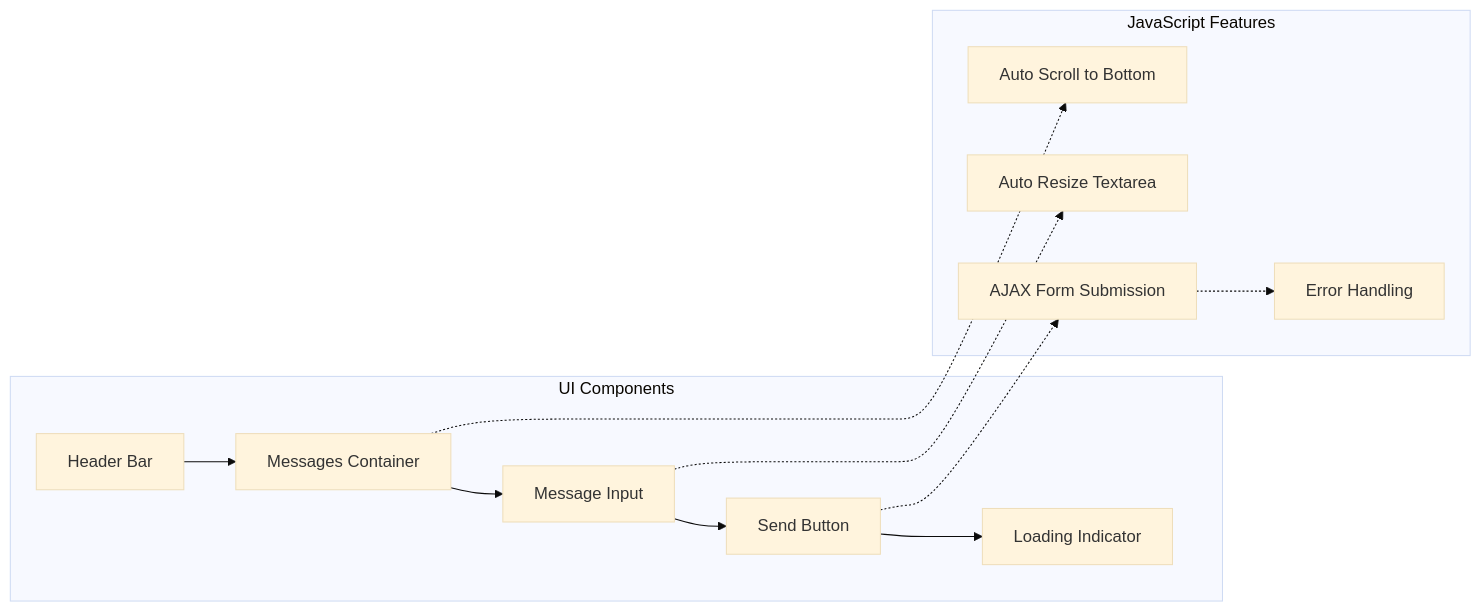
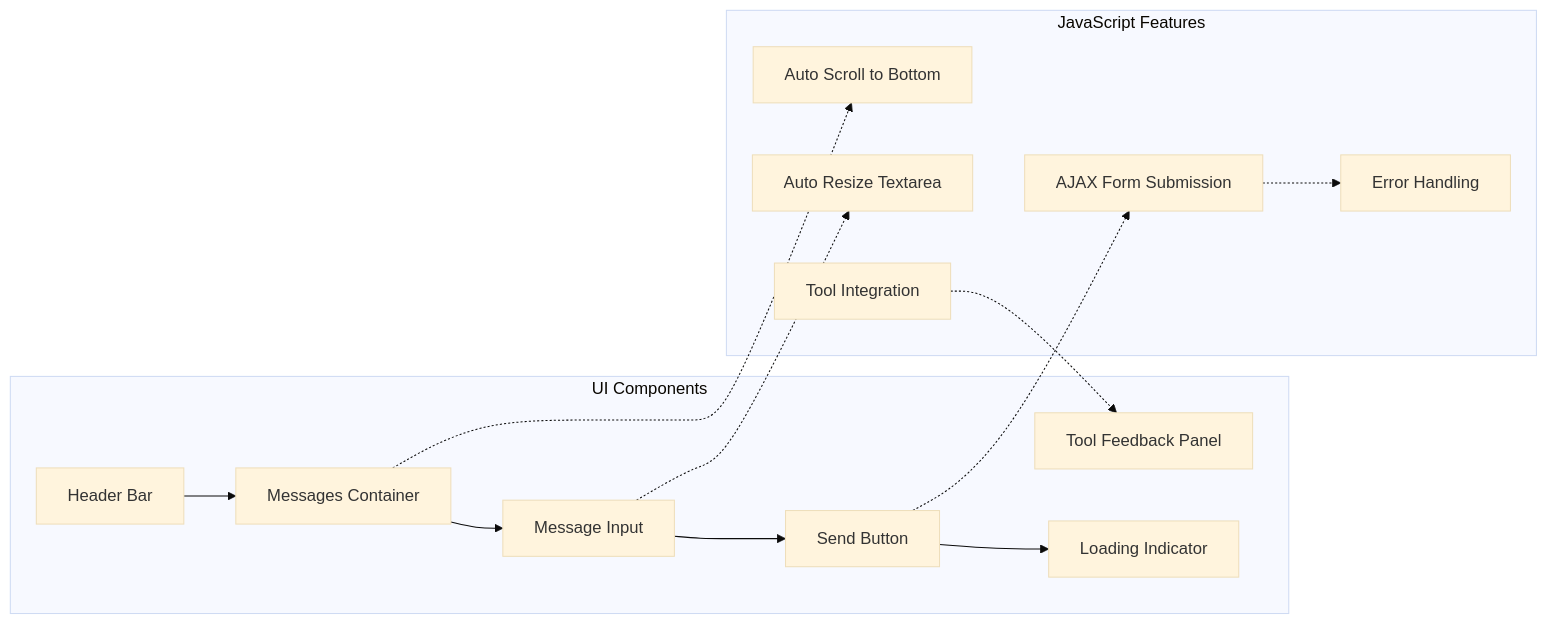
One commit to siimliimand/laravel-assistant changed diagram 11 of 17 in .qoder/repowiki/en/content/AI Integration System/Agent System/DevBot AI Agent System.md. Above: the diagram before and after it, drawn with Mermaid (base theme). The commit also changed other lines of this file and 4 other files, not shown here.

First line of the commit message:
docs(agent): document comprehensive MCP tool integration in DevBot AI agent system

````diff
--- a/.qoder/repowiki/en/content/AI Integration System/Agent System/DevBot AI Agent System.md
+++ b/.qoder/repowiki/en/content/AI Integration System/Agent System/DevBot AI Agent System.md
@@ -271,24 +442,27 @@
 ```mermaid
 graph LR
 subgraph "UI Components"
 Header[Header Bar]
 Messages[Messages Container]
 Input[Message Input]
 Button[Send Button]
 Loading[Loading Indicator]
+ToolFeedback[Tool Feedback Panel]
 end
 subgraph "JavaScript Features"
 AutoScroll[Auto Scroll to Bottom]
 AutoResize[Auto Resize Textarea]
 AJAX[AJAX Form Submission]
 ErrorHandling[Error Handling]
+ToolIntegration[Tool Integration]
 end
 Header --> Messages
 Messages --> Input
 Input --> Button
 Button --> Loading
 Messages -.-> AutoScroll
 Input -.-> AutoResize
 Button -.-> AJAX
 AJAX -.-> ErrorHandling
+ToolIntegration -.-> ToolFeedback
 ```
````
